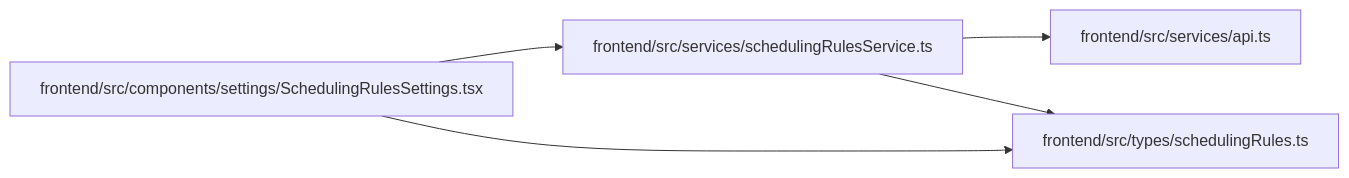
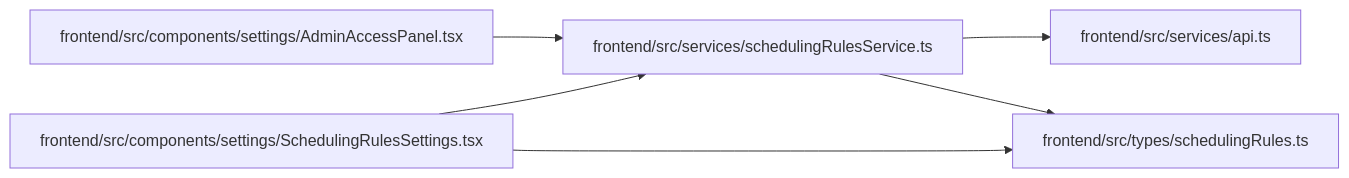
Before and after one commit to Denissvgn/WorkChord: the diagram in docs/llm_wiki/modules/schedulingRulesService.md, drawn with Mermaid. The commit also changed other lines of this file and 422 other files, not shown here.

````diff
--- a/docs/llm_wiki/modules/schedulingRulesService.md
+++ b/docs/llm_wiki/modules/schedulingRulesService.md
@@ -28,15 +28,18 @@
 ```mermaid
 flowchart LR
-    n0["frontend/src/components/settings/SchedulingRulesSettings.tsx"]
-    n1["frontend/src/services/api.ts"]
-    n2["frontend/src/services/schedulingRulesService.ts"]
-    n3["frontend/src/types/schedulingRules.ts"]
-    n0 --> n2
+    n0["frontend/src/components/settings/AdminAccessPanel.tsx"]
+    n1["frontend/src/components/settings/SchedulingRulesSettings.tsx"]
+    n2["frontend/src/services/api.ts"]
+    n3["frontend/src/services/schedulingRulesService.ts"]
+    n4["frontend/src/types/schedulingRules.ts"]
     n0 --> n3
-    n2 --> n1
-    n2 --> n3
-    click n0 "../modules/SchedulingRulesSettings.md"
-    click n1 "../modules/api.md"
-    click n2 "../modules/schedulingRulesService.md"
-    click n3 "../modules/schedulingRules.md"
+    n1 --> n3
+    n1 --> n4
+    n3 --> n2
+    n3 --> n4
+    click n0 "../modules/AdminAccessPanel.md"
+    click n1 "../modules/SchedulingRulesSettings.md"
+    click n2 "../modules/api.md"
+    click n3 "../modules/schedulingRulesService.md"
+    click n4 "../modules/schedulingRules.md"
 ```
````
